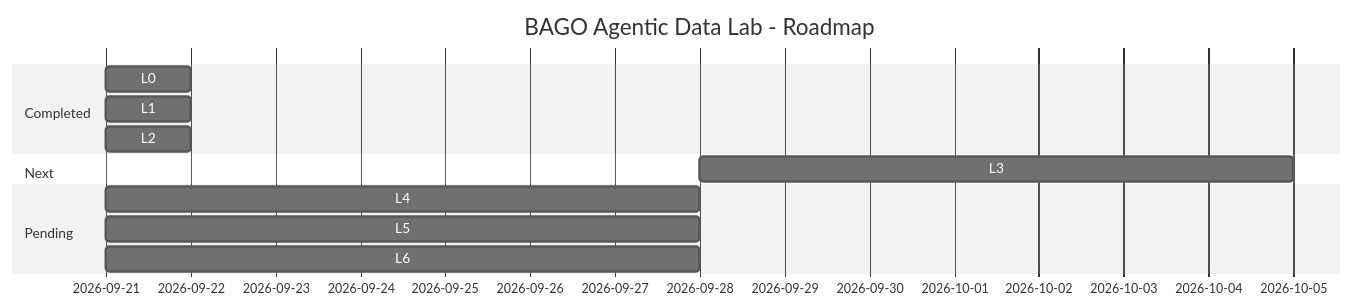
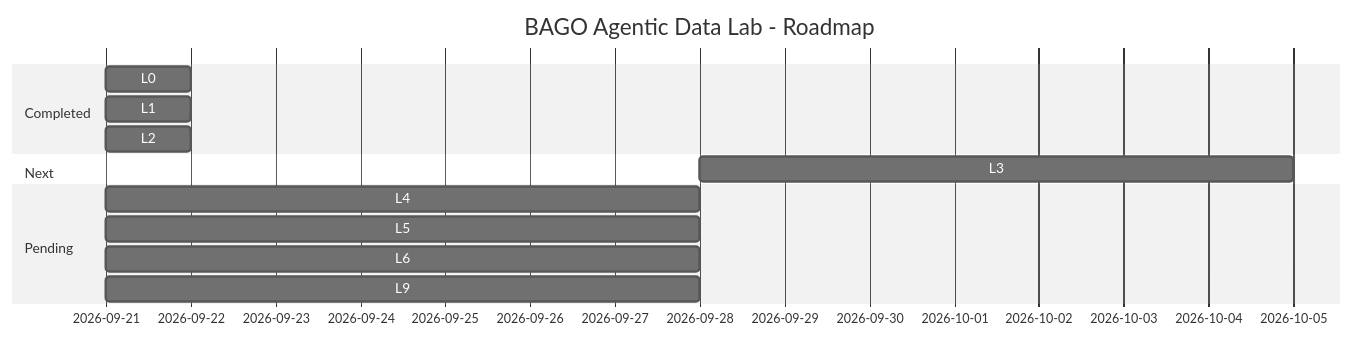
Before and after one commit to MarcValls/BAGO_AGENTIC_DATA_LAB: the diagram in README.md, drawn with Mermaid (neutral theme). The commit also changed other lines of this file, not shown here.

````diff
--- a/README.md
+++ b/README.md
@@ -26,18 +29,19 @@
 ```mermaid
 gantt
     title BAGO Agentic Data Lab - Roadmap
     dateFormat  YYYY-MM-DD
     
     section Completed
     L0: Baseline           :done, 2026-09-21, 1d
     L1: LangGraph          :done, 2026-09-21, 1d
     L2: ETL Pipeline       :done, 2026-09-21, 1d
     
     section Next
     L3: Metadata           :active, 2026-09-28, 7d
     
     section Pending
     L4: Governed RAG       :crit, after L3, 7d
     L5: MCP                :crit, after L4, 7d
     L6: AWS Bedrock        :crit, after L5, 7d
+    L9: End-to-End Agent   :crit, after L8, 7d
 ```
````
